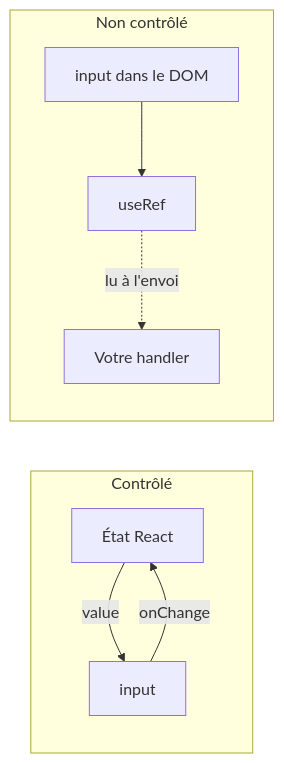
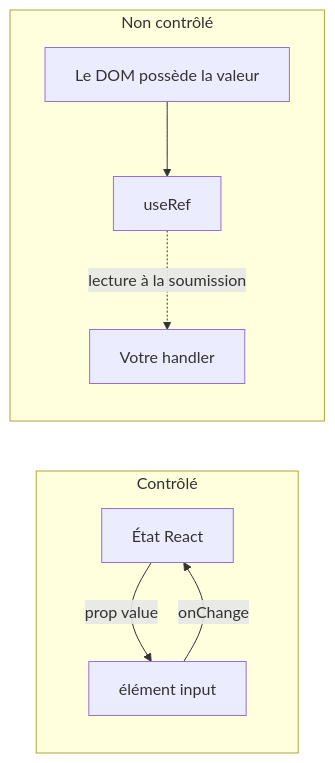
The tenth of 10 diagrams in arguments/chapters/fr/01-fundamentals.md (BabaScience/react-guides), drawn with Mermaid before and after one commit. The commit also changed other lines of this file and 46 other files, not shown here.

````diff
--- a/arguments/chapters/fr/01-fundamentals.md
+++ b/arguments/chapters/fr/01-fundamentals.md
@@ -337,11 +1227,11 @@
 ```mermaid
 graph LR
-    subgraph Controle["Contrôlé"]
-        State[État React] -->|value| Input1[input]
+    subgraph Controlled["Contrôlé"]
+        State[État React] -->|prop value| Input1[élément input]
         Input1 -->|onChange| State
     end
-    subgraph NonControle["Non contrôlé"]
-        DOM[input dans le DOM] --> Ref[useRef]
-        Ref -.->|lu à l'envoi| Code[Votre handler]
+    subgraph Uncontrolled["Non contrôlé"]
+        DOM[Le DOM possède la valeur] --> Ref[useRef]
+        Ref -.->|lecture à la soumission| Code[Votre handler]
     end
 ```
````
